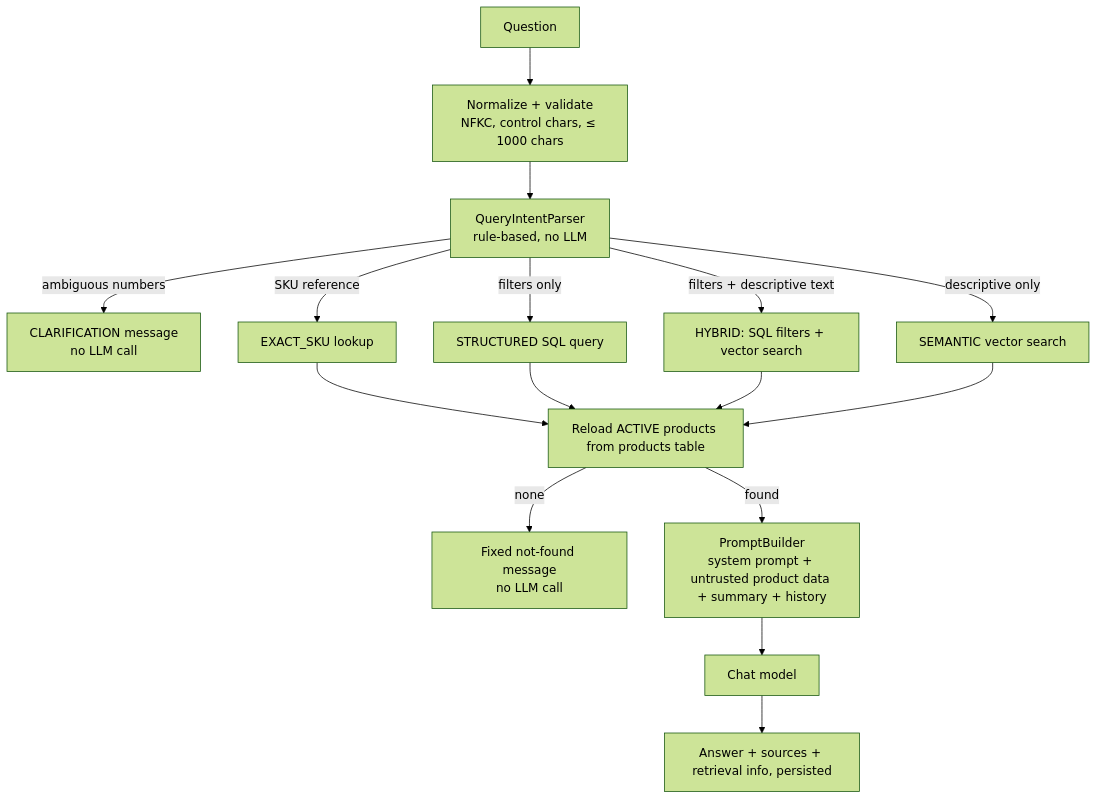
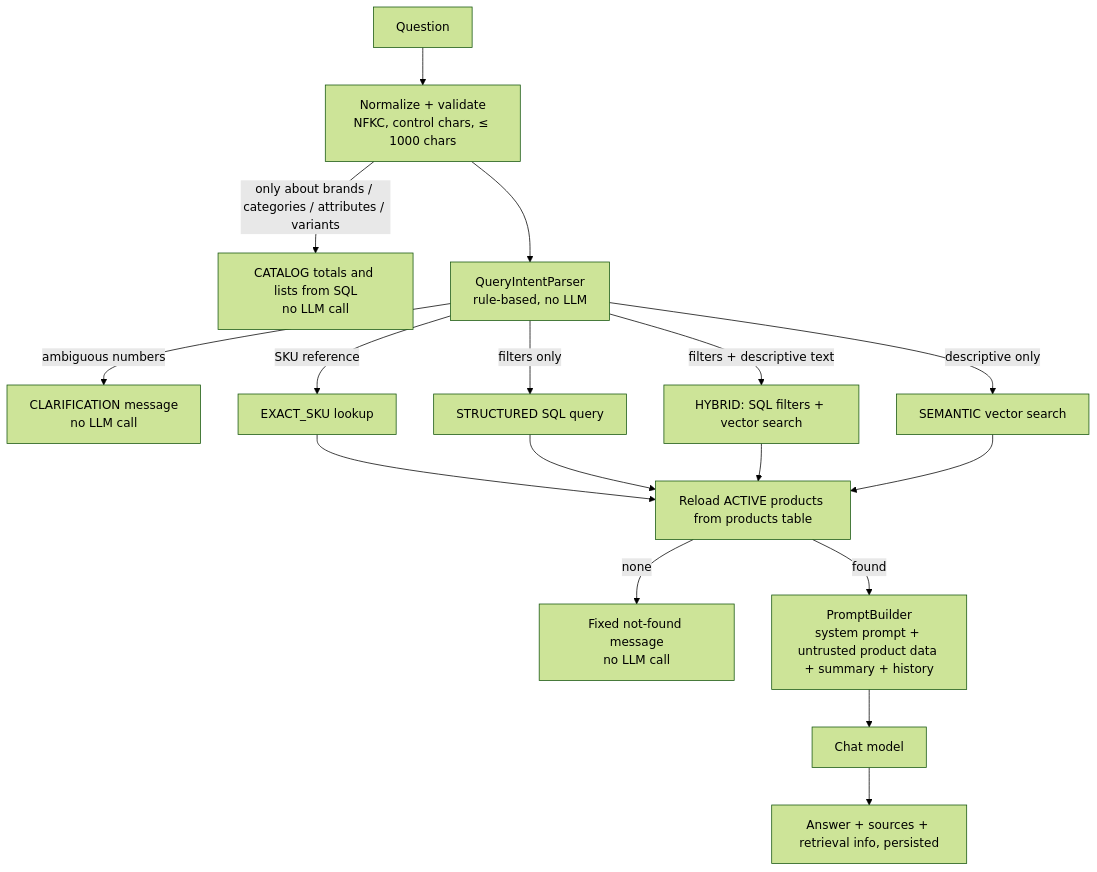
Before and after one commit to vipultikhe234/rag: the diagram in docs/rag-flow.md, drawn with Mermaid (forest theme). The commit also changed other lines of this file and 93 other files, not shown here.

````diff
--- a/docs/rag-flow.md
+++ b/docs/rag-flow.md
@@ -3,15 +3,16 @@
 ```mermaid
 flowchart TD
   Q[Question] --> N[Normalize + validate<br/>NFKC, control chars, ≤ 1000 chars]
+  N -->|"only about brands / categories / attributes / variants"| CA[CATALOG totals and lists from SQL<br/>no LLM call]
   N --> I[QueryIntentParser<br/>rule-based, no LLM]
   I -->|ambiguous numbers| CL[CLARIFICATION message<br/>no LLM call]
   I -->|SKU reference| SKU[EXACT_SKU lookup]
   I -->|filters only| ST[STRUCTURED SQL query]
   I -->|filters + descriptive text| HY[HYBRID: SQL filters + vector search]
   I -->|descriptive only| SE[SEMANTIC vector search]
   SKU & ST & HY & SE --> R[Reload ACTIVE products from products table]
   R -->|none| NR[Fixed not-found message<br/>no LLM call]
   R -->|found| P[PromptBuilder<br/>system prompt + untrusted product data + summary + history]
   P --> L[Chat model]
   L --> A[Answer + sources + retrieval info, persisted]
 ```
````
